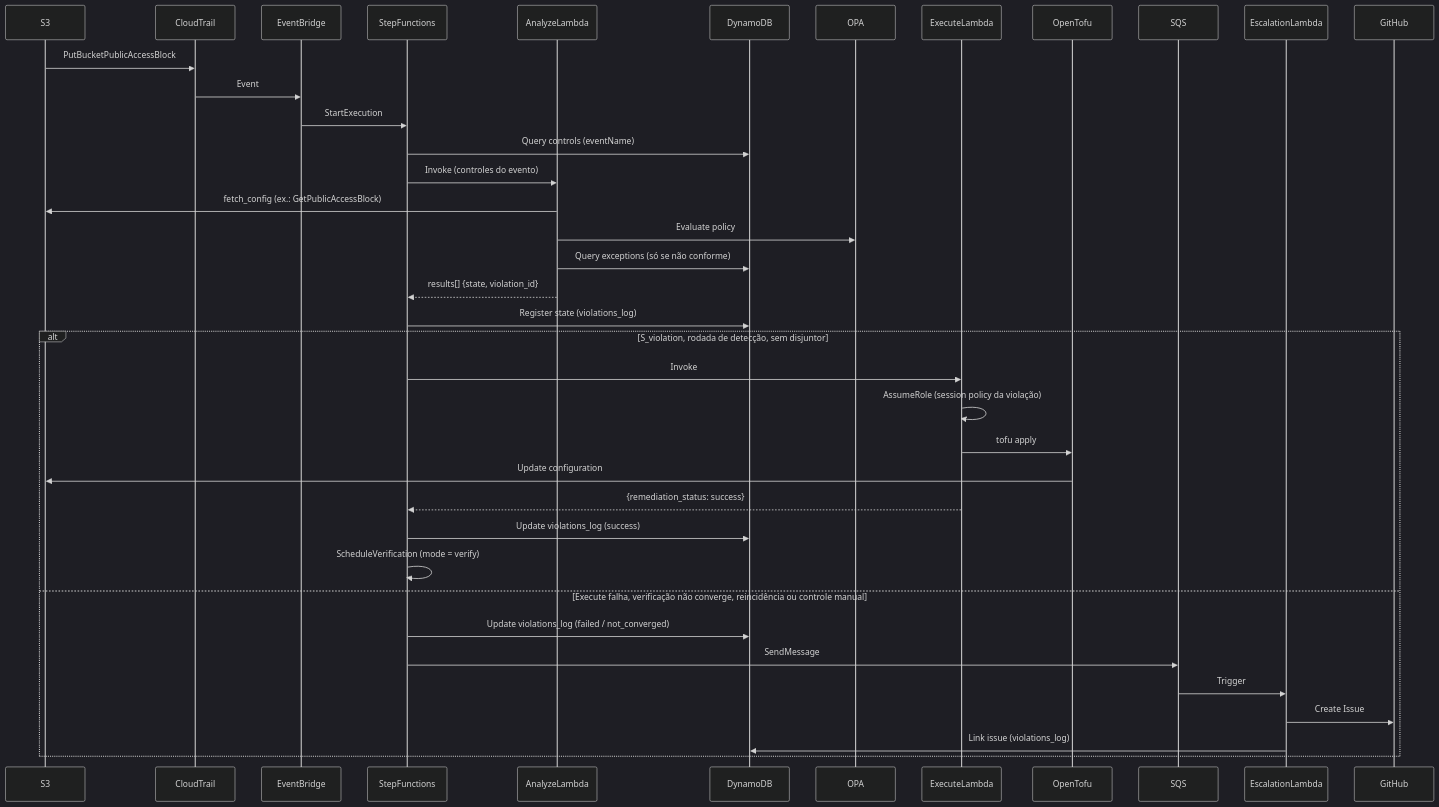
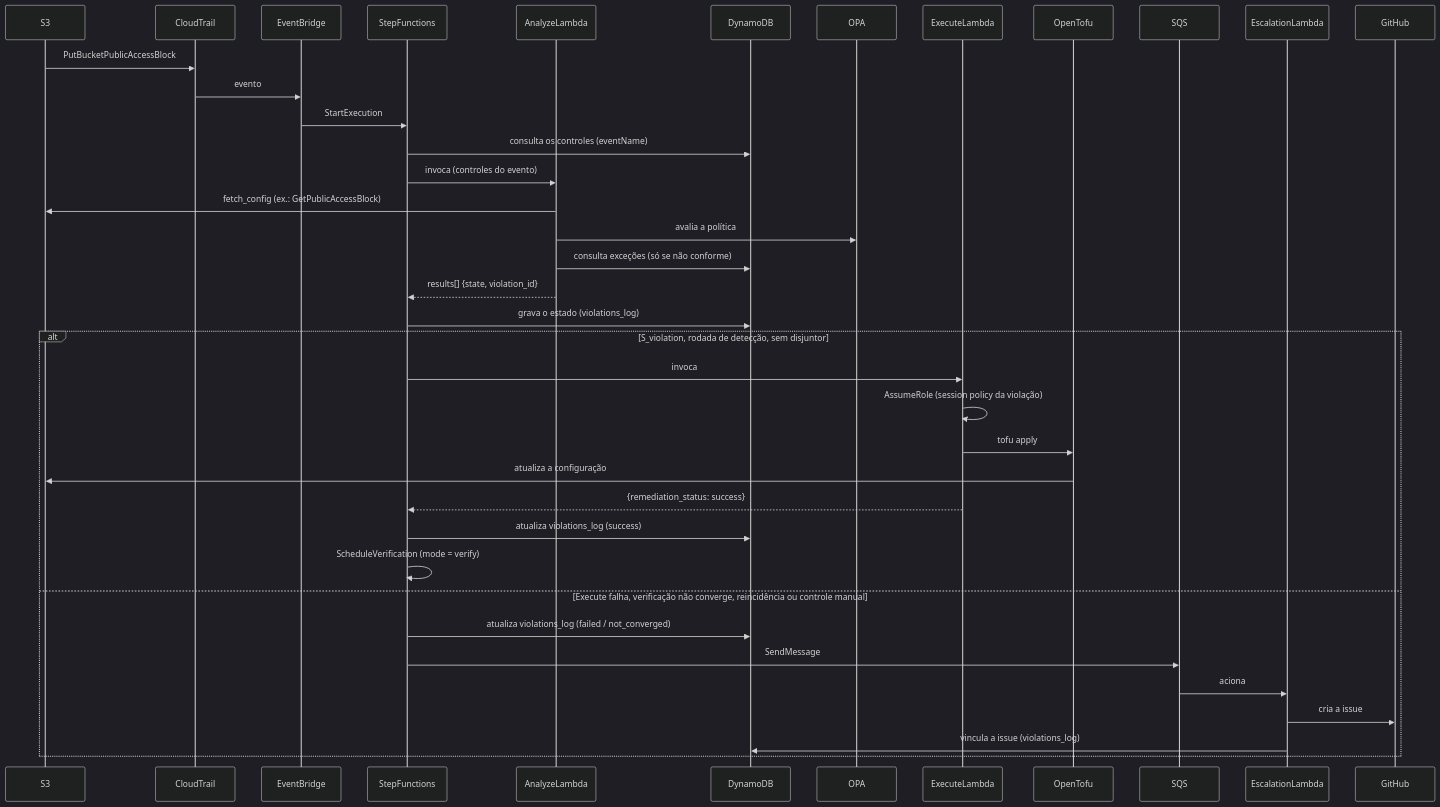
One commit to ricardoandreh/compliance-loop changed the third of 6 diagrams in .kiro/specs/mvp-compliance-automation-loop/design.md. Above: the diagram before and after it, drawn with Mermaid (dark theme). The commit also changed other lines of this file and 2 other files, not shown here.

First line of the commit message:
write the design in Portuguese: headings, properties, labels and diagrams

````diff
--- a/.kiro/specs/mvp-compliance-automation-loop/design.md
+++ b/.kiro/specs/mvp-compliance-automation-loop/design.md
@@ -232,42 +232,42 @@
 ```mermaid
 sequenceDiagram
     participant S3
     participant CloudTrail
     participant EventBridge
     participant StepFunctions
     participant AnalyzeLambda
     participant DynamoDB
     participant OPA
     participant ExecuteLambda
     participant OpenTofu
     participant SQS
     participant EscalationLambda
     participant GitHub
     
     S3->>CloudTrail: PutBucketPublicAccessBlock
-    CloudTrail->>EventBridge: Event
+    CloudTrail->>EventBridge: evento
     EventBridge->>StepFunctions: StartExecution
-    StepFunctions->>DynamoDB: Query controls (eventName)
-    StepFunctions->>AnalyzeLambda: Invoke (controles do evento)
+    StepFunctions->>DynamoDB: consulta os controles (eventName)
+    StepFunctions->>AnalyzeLambda: invoca (controles do evento)
     AnalyzeLambda->>S3: fetch_config (ex.: GetPublicAccessBlock)
-    AnalyzeLambda->>OPA: Evaluate policy
-    AnalyzeLambda->>DynamoDB: Query exceptions (só se não conforme)
+    AnalyzeLambda->>OPA: avalia a política
+    AnalyzeLambda->>DynamoDB: consulta exceções (só se não conforme)
     AnalyzeLambda-->>StepFunctions: results[] {state, violation_id}
-    StepFunctions->>DynamoDB: Register state (violations_log)
+    StepFunctions->>DynamoDB: grava o estado (violations_log)
 
     alt S_violation, rodada de detecção, sem disjuntor
-        StepFunctions->>ExecuteLambda: Invoke
+        StepFunctions->>ExecuteLambda: invoca
         ExecuteLambda->>ExecuteLambda: AssumeRole (session policy da violação)
         ExecuteLambda->>OpenTofu: tofu apply
-        OpenTofu->>S3: Update configuration
+        OpenTofu->>S3: atualiza a configuração
         ExecuteLambda-->>StepFunctions: {remediation_status: success}
-        StepFunctions->>DynamoDB: Update violations_log (success)
+        StepFunctions->>DynamoDB: atualiza violations_log (success)
         StepFunctions->>StepFunctions: ScheduleVerification (mode = verify)
     else Execute falha, verificação não converge, reincidência ou controle manual
-        StepFunctions->>DynamoDB: Update violations_log (failed / not_converged)
+        StepFunctions->>DynamoDB: atualiza violations_log (failed / not_converged)
         StepFunctions->>SQS: SendMessage
-        SQS->>EscalationLambda: Trigger
-        EscalationLambda->>GitHub: Create Issue
-        EscalationLambda->>DynamoDB: Link issue (violations_log)
+        SQS->>EscalationLambda: aciona
+        EscalationLambda->>GitHub: cria a issue
+        EscalationLambda->>DynamoDB: vincula a issue (violations_log)
     end
 ```
````
